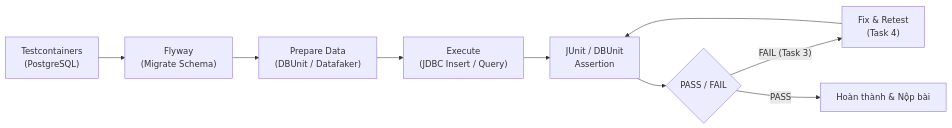
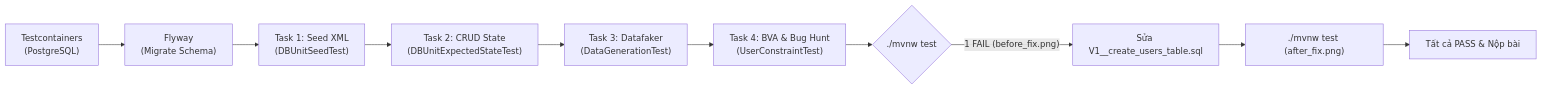
The diagram in README.md (thuytranj/database-testing-exercice), drawn with Mermaid before and after one commit. The commit also changed other lines of this file and 3 other files, not shown here.

Commit message:
docs: update Vietnamese guides and submission template for 4-task DBUnit workflow

````diff
--- a/README.md
+++ b/README.md
@@ -51,11 +52,12 @@
 ```mermaid
 flowchart LR
     A["Testcontainers<br/>(PostgreSQL)"] --> B["Flyway<br/>(Migrate Schema)"]
-    B --> C["Prepare Data<br/>(DBUnit / Datafaker)"]
-    C --> D["Execute<br/>(JDBC Insert / Query)"]
-    D --> E["JUnit / DBUnit<br/>Assertion"]
-    E --> F{"PASS / FAIL"}
-    F -- "FAIL (Task 3)" --> G["Fix & Retest<br/>(Task 4)"]
-    G --> E
-    F -- "PASS" --> H["Hoàn thành & Nộp bài"]
+    B --> C["Task 1: Seed XML<br/>(DBUnitSeedTest)"]
+    C --> D["Task 2: CRUD State<br/>(DBUnitExpectedStateTest)"]
+    D --> E["Task 3: Datafaker<br/>(DataGenerationTest)"]
+    E --> F["Task 4: BVA & Bug Hunt<br/>(UserConstraintTest)"]
+    F --> G{"./mvnw test"}
+    G -- "1 FAIL (before_fix.png)" --> H["Sửa V1__create_users_table.sql"]
+    H --> I["./mvnw test (after_fix.png)"]
+    I --> J["Tất cả PASS & Nộp bài"]
 ```
````
